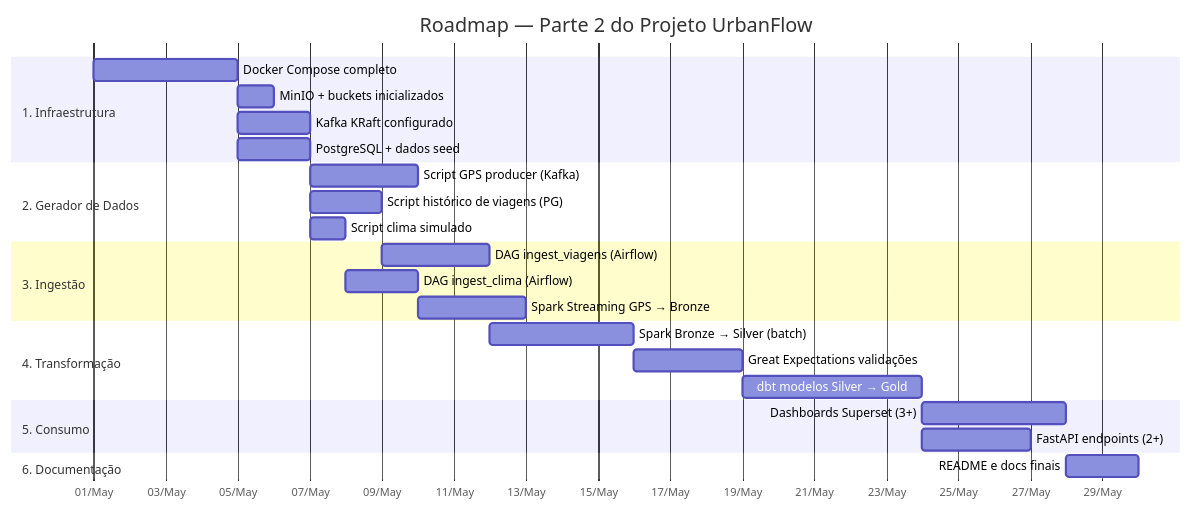
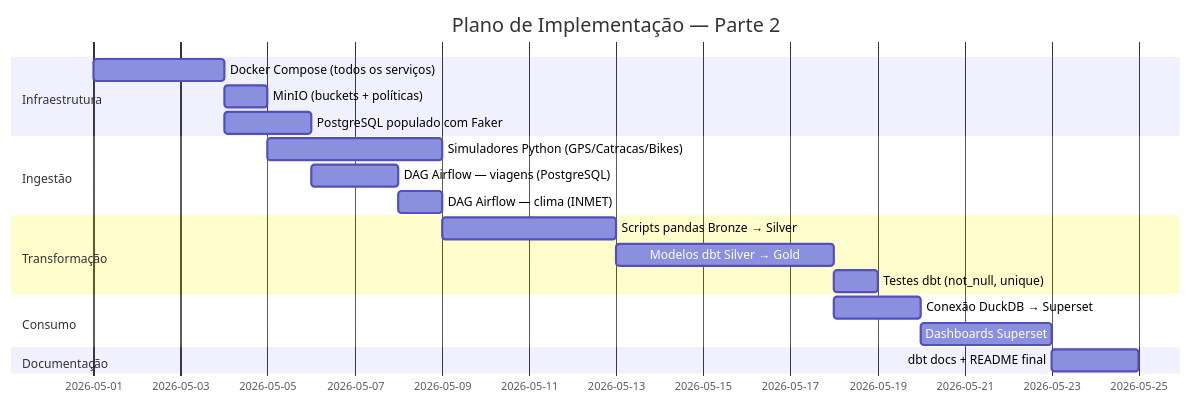
One commit to eduardohirle22/Trabalho-engenharia-de-dados changed the diagram in mobilidade-urbana-dataeng/docs/06-consideracoes-finais.md. Above: the diagram before and after it, drawn with Mermaid. The commit also changed other lines of this file and 10 other files, not shown here.

````diff
--- a/mobilidade-urbana-dataeng/docs/06-consideracoes-finais.md
+++ b/mobilidade-urbana-dataeng/docs/06-consideracoes-finais.md
@@ -36,34 +33,26 @@
 ```mermaid
 gantt
-    title Roadmap — Parte 2 do Projeto UrbanFlow
+    title Plano de Implementação — Parte 2
     dateFormat  YYYY-MM-DD
-    axisFormat  %d/%b
+    section Infraestrutura
+    Docker Compose (todos os serviços)   :a1, 2026-05-01, 3d
+    MinIO (buckets + políticas)          :a2, after a1, 1d
+    PostgreSQL populado com Faker        :a3, after a1, 2d
 
-    section 1. Infraestrutura
-    Docker Compose completo           :a1, 2026-05-01, 4d
-    MinIO + buckets inicializados     :a2, after a1, 1d
-    Kafka KRaft configurado           :a3, after a1, 2d
-    PostgreSQL + dados seed           :a4, after a1, 2d
+    section Ingestão
+    Simuladores Python (GPS/Catracas/Bikes) :b1, after a2, 4d
+    DAG Airflow — viagens (PostgreSQL)      :b2, after a3, 2d
+    DAG Airflow — clima (INMET)             :b3, after b2, 1d
 
-    section 2. Gerador de Dados
-    Script GPS producer (Kafka)       :b1, after a3, 3d
-    Script histórico de viagens (PG)  :b2, after a4, 2d
-    Script clima simulado             :b3, after a4, 1d
+    section Transformação
+    Scripts pandas Bronze → Silver       :c1, after b1, 4d
+    Modelos dbt Silver → Gold            :c2, after c1, 5d
+    Testes dbt (not_null, unique)        :c3, after c2, 1d
 
-    section 3. Ingestão
-    DAG ingest_viagens (Airflow)      :c1, after b2, 3d
-    DAG ingest_clima (Airflow)        :c2, after b3, 2d
-    Spark Streaming GPS → Bronze      :c3, after b1, 3d
+    section Consumo
+    Conexão DuckDB → Superset            :d1, after c2, 2d
+    Dashboards Superset                  :d2, after d1, 3d
 
-    section 4. Transformação
-    Spark Bronze → Silver (batch)     :d1, after c1, 4d
-    Great Expectations validações     :d2, after d1, 3d
-    dbt modelos Silver → Gold         :d3, after d2, 5d
-
-    section 5. Consumo
-    Dashboards Superset (3+)          :e1, after d3, 4d
-    FastAPI endpoints (2+)            :e2, after d3, 3d
-
-    section 6. Documentação
-    README e docs finais              :f1, after e1, 2d
+    section Documentação
+    dbt docs + README final              :e1, after d2, 2d
 ```
````
